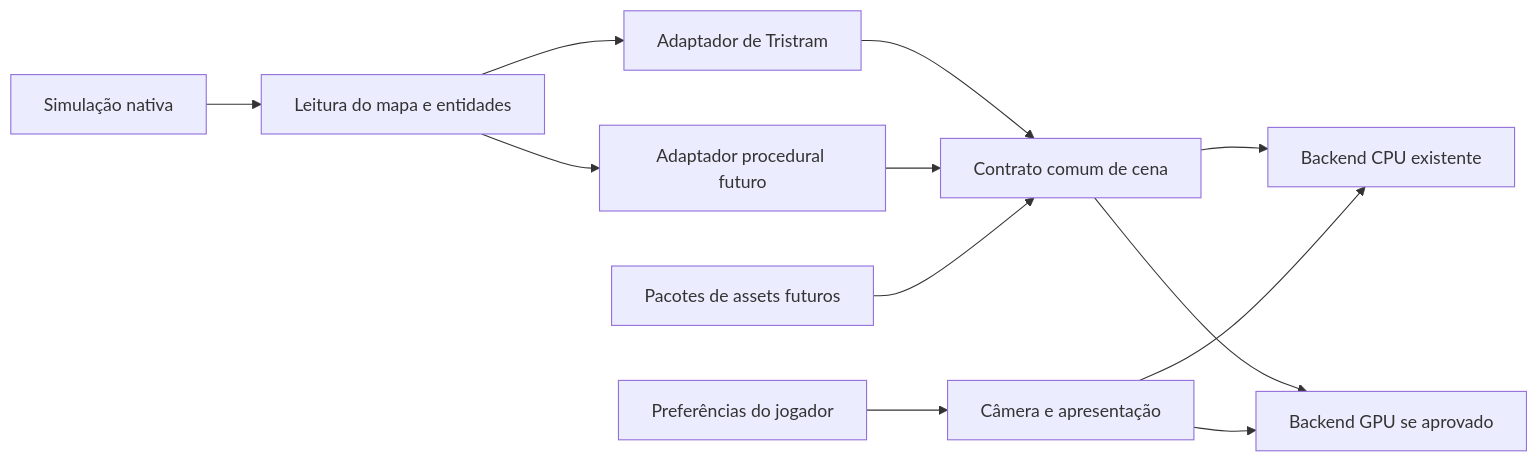
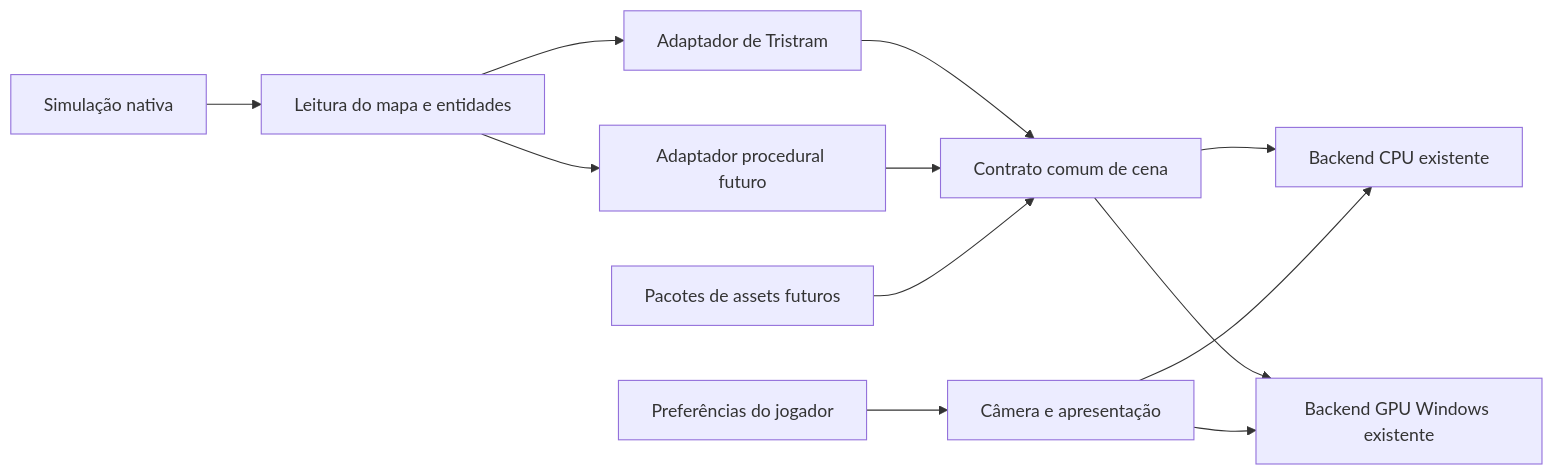
Before and after one commit to douglasopan/diablo-3d: the second of 4 diagrams in docs/PROJECT-EXECUTION.md, drawn with Mermaid. The commit also changed other lines of this file and 19 other files, not shown here.

````diff
--- a/docs/PROJECT-EXECUTION.md
+++ b/docs/PROJECT-EXECUTION.md
@@ -94,14 +103,14 @@
 ```mermaid
 flowchart LR
     Simulation[Simulação nativa] --> Read[Leitura do mapa e entidades]
     Read --> Town[Adaptador de Tristram]
     Read --> Dungeon[Adaptador procedural futuro]
     Town --> Contract[Contrato comum de cena]
     Dungeon --> Contract
     Packs[Pacotes de assets futuros] --> Contract
     Contract --> CPU[Backend CPU existente]
-    Contract --> GPU[Backend GPU se aprovado]
+    Contract --> GPU[Backend GPU Windows existente]
     Settings[Preferências do jogador] --> Camera[Câmera e apresentação]
     Camera --> CPU
     Camera --> GPU
 ```
````
